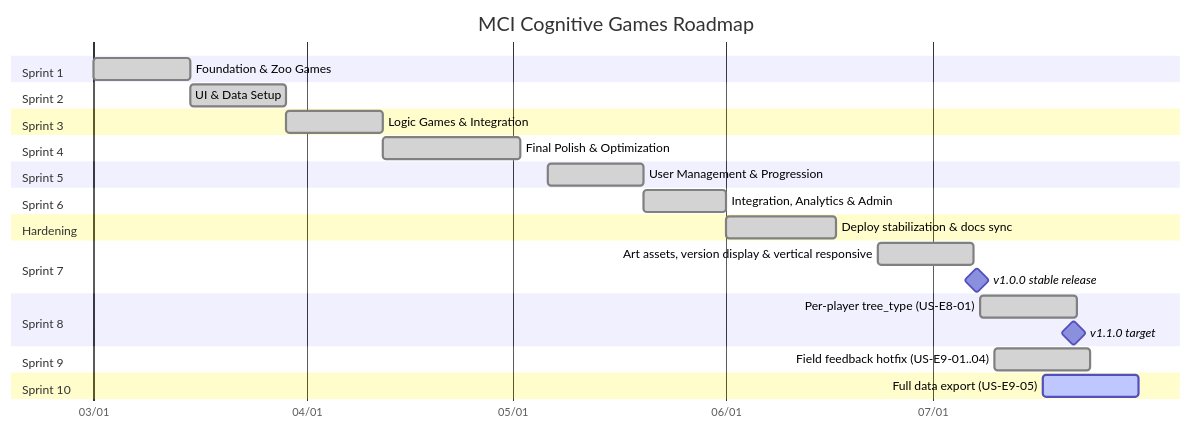
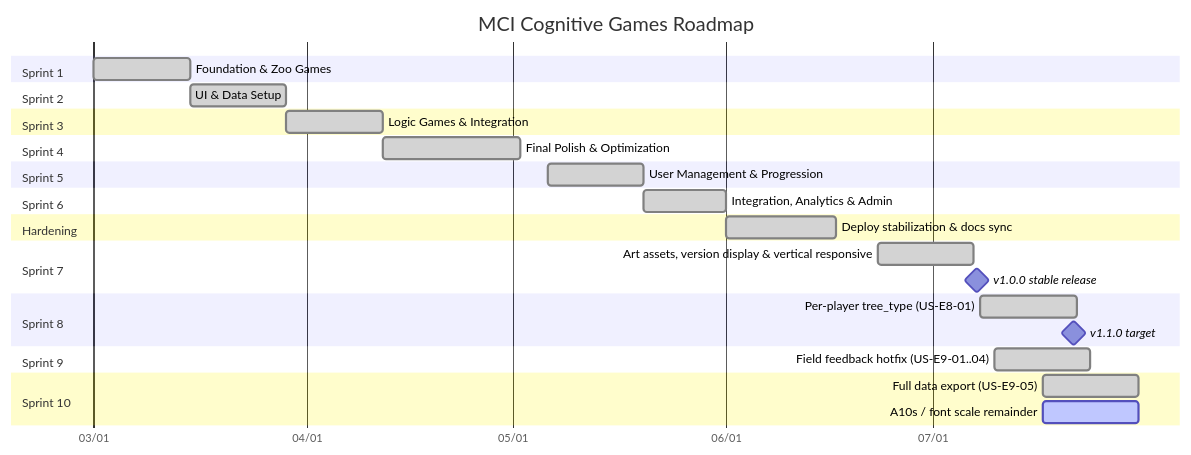
Before and after one commit to ChayutChanmueang/mci-cognitive-game-hub-dev-deploy: the diagram in docs/agile/02-sprint-planning.md, drawn with Mermaid. The commit also changed other lines of this file and 10 other files, not shown here.

Commit message:
docs: bump version to 1.1.6 and update changelog for full player data export (US-E9-05) completion

````diff
--- a/docs/agile/02-sprint-planning.md
+++ b/docs/agile/02-sprint-planning.md
@@ -24,30 +24,31 @@
 ```mermaid
 gantt
     title MCI Cognitive Games Roadmap
     dateFormat  YYYY-MM-DD
     axisFormat  %m/%d
     section Sprint 1
     Foundation & Zoo Games :done, s1, 2026-03-01, 14d
     section Sprint 2
     UI & Data Setup        :done, s2, 2026-03-15, 14d
     section Sprint 3
     Logic Games & Integration :done, s3, 2026-03-29, 14d
     section Sprint 4
     Final Polish & Optimization :done, s4, 2026-04-12, 20d
     section Sprint 5
     User Management & Progression :done, s5, 2026-05-06, 14d
     section Sprint 6
     Integration, Analytics & Admin :done, s6, 2026-05-20, 12d
     section Hardening
     Deploy stabilization & docs sync :done, harden, 2026-06-01, 16d
     section Sprint 7
     Art assets, version display & vertical responsive :done, s7, 2026-06-23, 14d
     v1.0.0 stable release :milestone, rel10, 2026-07-07, 1d
     section Sprint 8
     Per-player tree_type (US-E8-01) :done, s8, 2026-07-08, 14d
     v1.1.0 target :milestone, rel11, 2026-07-21, 1d
     section Sprint 9
     Field feedback hotfix (US-E9-01..04) :done, s9, 2026-07-10, 14d
     section Sprint 10
-    Full data export (US-E9-05) :active, s10, 2026-07-17, 14d
+    Full data export (US-E9-05) :done, s10, 2026-07-17, 14d
+    A10s / font scale remainder :active, s10b, 2026-07-17, 14d
 ```
````
